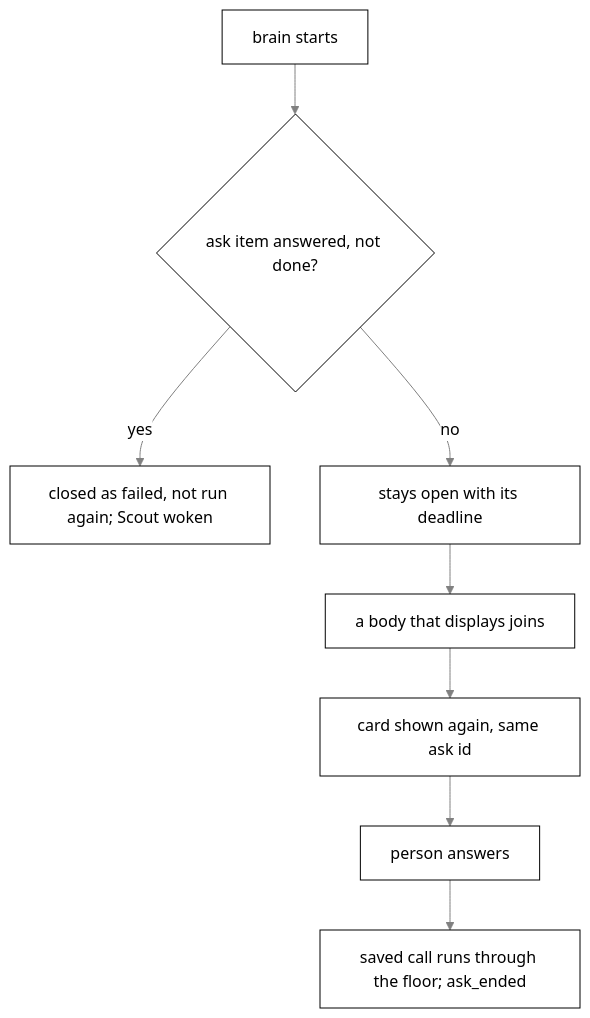
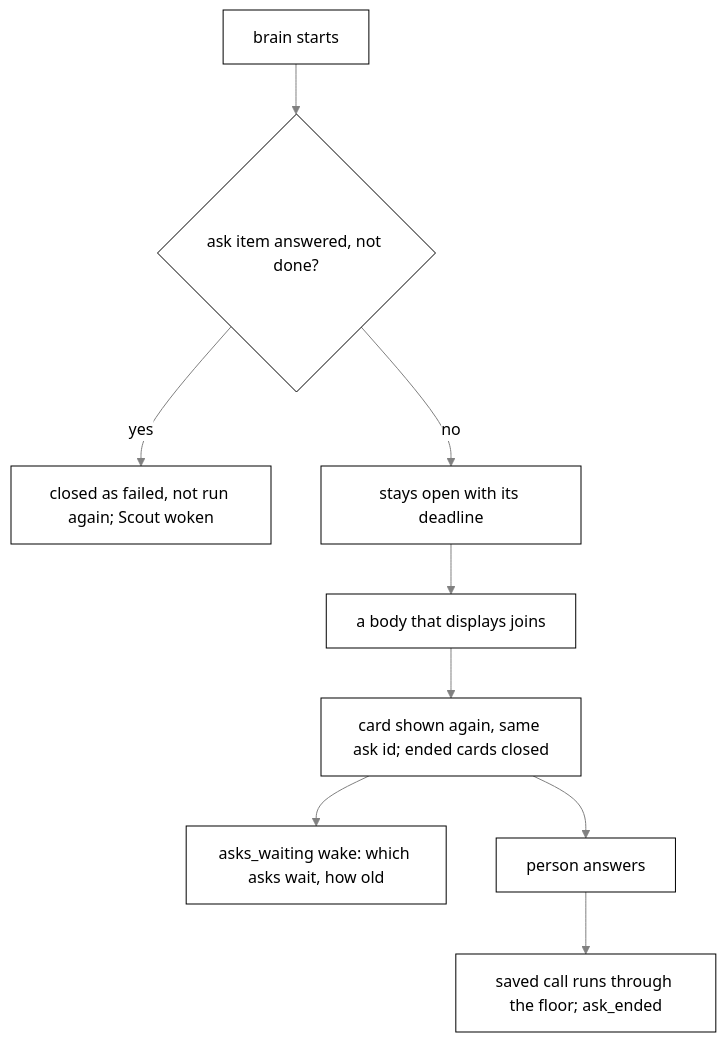
The seventh of 14 diagrams in docs/brain.md (nadeem4/tagalong), drawn with Mermaid before and after one commit. The commit also changed other lines of this file and 25 other files, not shown here.

````diff
--- a/docs/brain.md
+++ b/docs/brain.md
@@ -734,11 +743,12 @@
 ```mermaid
 %%{init: {"theme": "base", "themeVariables": {"primaryColor": "#ffffff", "primaryTextColor": "#000000", "primaryBorderColor": "#000000", "lineColor": "#808080", "arrowheadColor": "#808080", "secondaryColor": "#f2f2f2", "tertiaryColor": "#ffffff", "clusterBkg": "#f7f7f7", "clusterBorder": "#808080", "edgeLabelBackground": "#ffffff", "titleColor": "#808080", "actorBkg": "#ffffff", "actorBorder": "#000000", "actorTextColor": "#000000", "actorLineColor": "#808080", "signalColor": "#808080", "signalTextColor": "#808080", "sequenceNumberColor": "#ffffff", "labelBoxBkgColor": "#ffffff", "labelBoxBorderColor": "#808080", "labelTextColor": "#000000", "loopTextColor": "#808080", "noteBkgColor": "#f7f7f7", "noteBorderColor": "#808080", "noteTextColor": "#000000", "activationBkgColor": "#f7f7f7", "activationBorderColor": "#808080", "fontFamily": "Segoe UI, Helvetica, Arial, sans-serif"}}}%%
 flowchart TD
   S[brain starts] --> A{ask item answered, not done?}
   A -- yes --> X[closed as failed, not run again; Scout woken]
   A -- no --> K[stays open with its deadline]
   K --> J[a body that displays joins]
-  J --> C[card shown again, same ask id]
+  J --> C[card shown again, same ask id; ended cards closed]
+  C --> W[asks_waiting wake: which asks wait, how old]
   C --> P[person answers]
   P --> R[saved call runs through the floor; ask_ended]
 ```
````
